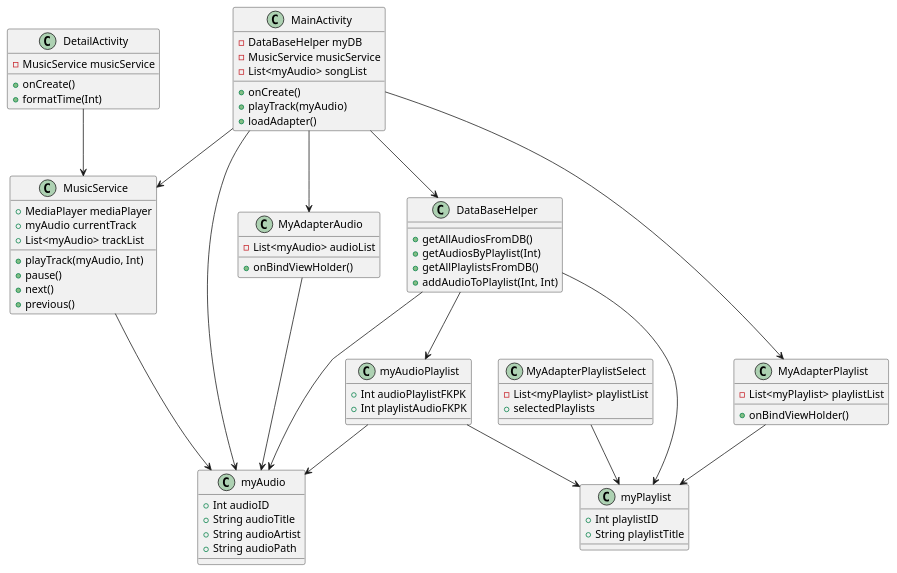
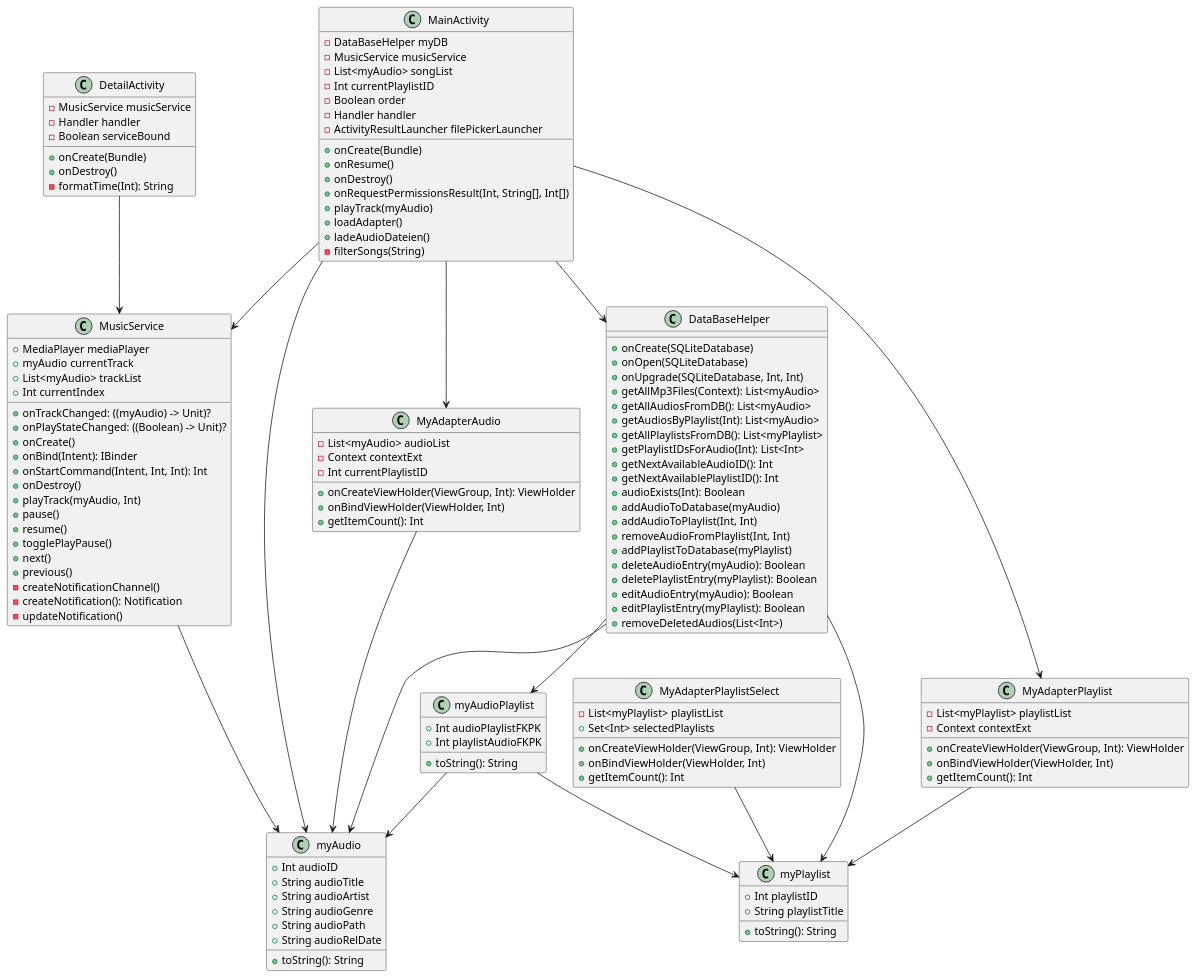
Before and after one commit to MatthiasWork/AndroidMusicPlayer: the diagram in DiagramTest.puml, drawn with PlantUML. The commit also changed 2 other files, not shown here.

```diff
--- a/DiagramTest.puml
+++ b/DiagramTest.puml
@@ -1,81 +1,136 @@
 @startuml
 class MainActivity {
   - DataBaseHelper myDB
   - MusicService musicService
   - List<myAudio> songList
-  + onCreate()
+  - Int currentPlaylistID
+  - Boolean order
+  - Handler handler
+  - ActivityResultLauncher filePickerLauncher
+  + onCreate(Bundle)
+  + onResume()
+  + onDestroy()
+  + onRequestPermissionsResult(Int, String[], Int[])
   + playTrack(myAudio)
   + loadAdapter()
+  + ladeAudioDateien()
+  - filterSongs(String)
 }
 
 class DetailActivity {
   - MusicService musicService
-  + onCreate()
-  + formatTime(Int)
+  - Handler handler
+  - Boolean serviceBound
+  + onCreate(Bundle)
+  + onDestroy()
+  - formatTime(Int): String
 }
 
 class MusicService {
   + MediaPlayer mediaPlayer
   + myAudio currentTrack
   + List<myAudio> trackList
+  + Int currentIndex
+  + onTrackChanged: ((myAudio) -> Unit)?
+  + onPlayStateChanged: ((Boolean) -> Unit)?
+  + onCreate()
+  + onBind(Intent): IBinder
+  + onStartCommand(Intent, Int, Int): Int
+  + onDestroy()
   + playTrack(myAudio, Int)
   + pause()
+  + resume()
+  + togglePlayPause()
   + next()
   + previous()
+  - createNotificationChannel()
+  - createNotification(): Notification
+  - updateNotification()
 }
 
 class DataBaseHelper {
-  + getAllAudiosFromDB()
-  + getAudiosByPlaylist(Int)
-  + getAllPlaylistsFromDB()
+  + onCreate(SQLiteDatabase)
+  + onOpen(SQLiteDatabase)
+  + onUpgrade(SQLiteDatabase, Int, Int)
+  + getAllMp3Files(Context): List<myAudio>
+  + getAllAudiosFromDB(): List<myAudio>
+  + getAudiosByPlaylist(Int): List<myAudio>
+  + getAllPlaylistsFromDB(): List<myPlaylist>
+  + getPlaylistIDsForAudio(Int): List<Int>
+  + getNextAvailableAudioID(): Int
+  + getNextAvailablePlaylistID(): Int
+  + audioExists(Int): Boolean
+  + addAudioToDatabase(myAudio)
   + addAudioToPlaylist(Int, Int)
+  + removeAudioFromPlaylist(Int, Int)
+  + addPlaylistToDatabase(myPlaylist)
+  + deleteAudioEntry(myAudio): Boolean
+  + deletePlaylistEntry(myPlaylist): Boolean
+  + editAudioEntry(myAudio): Boolean
+  + editPlaylistEntry(myPlaylist): Boolean
+  + removeDeletedAudios(List<Int>)
 }
 
 class myAudio {
   + Int audioID
   + String audioTitle
   + String audioArtist
+  + String audioGenre
   + String audioPath
+  + String audioRelDate
+  + toString(): String
 }
 
 class myPlaylist {
   + Int playlistID
   + String playlistTitle
+  + toString(): String
 }
 
 class myAudioPlaylist {
   + Int audioPlaylistFKPK
   + Int playlistAudioFKPK
+  + toString(): String
 }
 
 class MyAdapterAudio {
   - List<myAudio> audioList
-  + onBindViewHolder()
+  - Context contextExt
+  - Int currentPlaylistID
+  + onCreateViewHolder(ViewGroup, Int): ViewHolder
+  + onBindViewHolder(ViewHolder, Int)
+  + getItemCount(): Int
 }
 
 class MyAdapterPlaylist {
   - List<myPlaylist> playlistList
-  + onBindViewHolder()
+  - Context contextExt
+  + onCreateViewHolder(ViewGroup, Int): ViewHolder
+  + onBindViewHolder(ViewHolder, Int)
+  + getItemCount(): Int
 }
 
 class MyAdapterPlaylistSelect {
   - List<myPlaylist> playlistList
-  + selectedPlaylists
+  + Set<Int> selectedPlaylists
+  + onCreateViewHolder(ViewGroup, Int): ViewHolder
+  + onBindViewHolder(ViewHolder, Int)
+  + getItemCount(): Int
 }
 
 MainActivity --> MusicService
 MainActivity --> DataBaseHelper
 MainActivity --> myAudio
 MainActivity --> MyAdapterAudio
 MainActivity --> MyAdapterPlaylist
 DetailActivity --> MusicService
 MusicService --> myAudio
 DataBaseHelper --> myAudio
 DataBaseHelper --> myPlaylist
 DataBaseHelper --> myAudioPlaylist
 MyAdapterAudio --> myAudio
 MyAdapterPlaylist --> myPlaylist
 MyAdapterPlaylistSelect --> myPlaylist
 myAudioPlaylist --> myAudio
 myAudioPlaylist --> myPlaylist
 @enduml
```
